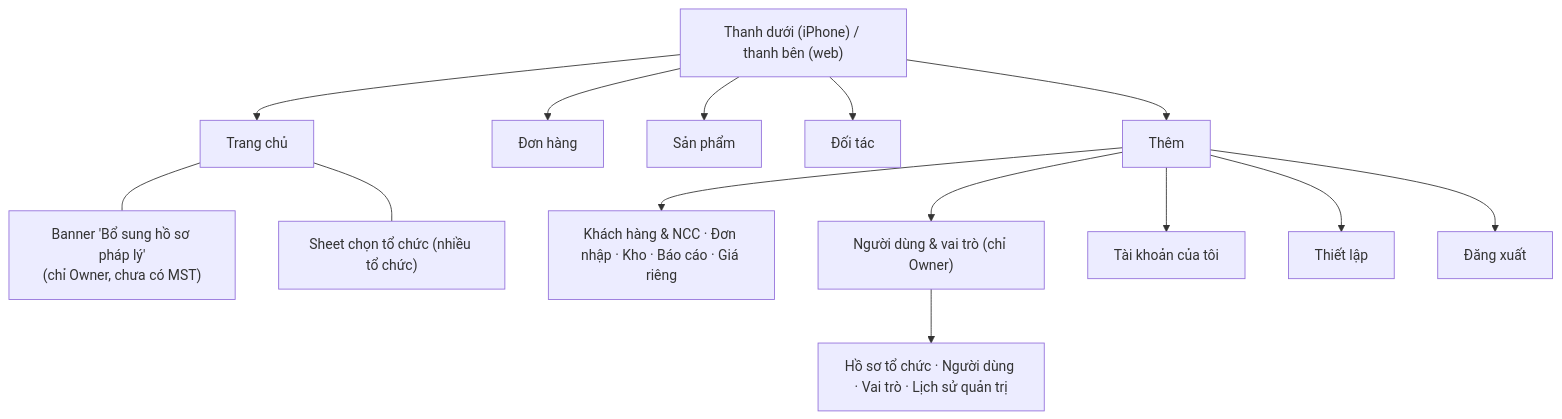
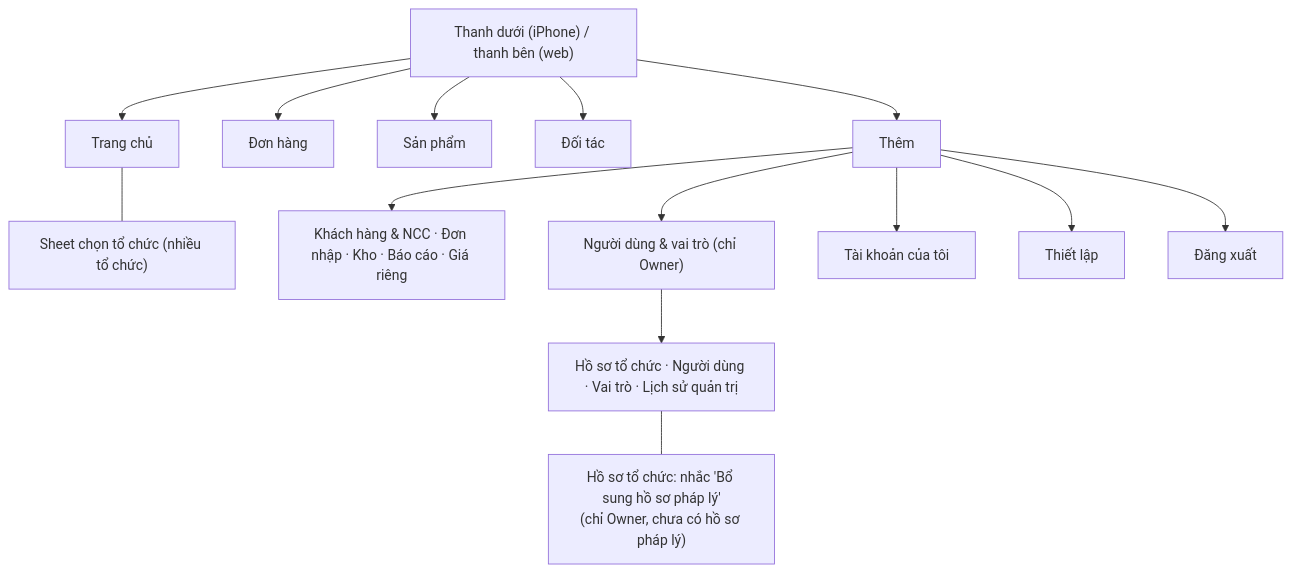
The fourth of 4 diagrams in docs/requirements/LUONG-UNG-DUNG.md (DsChien102/erp-sales-inventory), drawn with Mermaid before and after one commit. The commit also changed other lines of this file and 30 other files, not shown here.

````diff
--- a/docs/requirements/LUONG-UNG-DUNG.md
+++ b/docs/requirements/LUONG-UNG-DUNG.md
@@ -113,16 +113,16 @@
 ```mermaid
 flowchart TD
   NAV["Thanh dưới (iPhone) / thanh bên (web)"] --> T1["Trang chủ"]
   NAV --> T2["Đơn hàng"]
   NAV --> T3["Sản phẩm"]
   NAV --> T4["Đối tác"]
   NAV --> T5["Thêm"]
-  T1 --- BAN["Banner 'Bổ sung hồ sơ pháp lý'<br/>(chỉ Owner, chưa có MST)"]
   T1 --- SEL["Sheet chọn tổ chức (nhiều tổ chức)"]
   T5 --> M1["Khách hàng & NCC · Đơn nhập · Kho · Báo cáo · Giá riêng"]
   T5 --> M2["Người dùng & vai trò (chỉ Owner)"]
   T5 --> M3["Tài khoản của tôi"]
   T5 --> M4["Thiết lập"]
   T5 --> M6["Đăng xuất"]
   M2 --> U1["Hồ sơ tổ chức · Người dùng · Vai trò · Lịch sử quản trị"]
+  U1 --- BAN["Hồ sơ tổ chức: nhắc 'Bổ sung hồ sơ pháp lý'<br/>(chỉ Owner, chưa có hồ sơ pháp lý)"]
 ```
````
